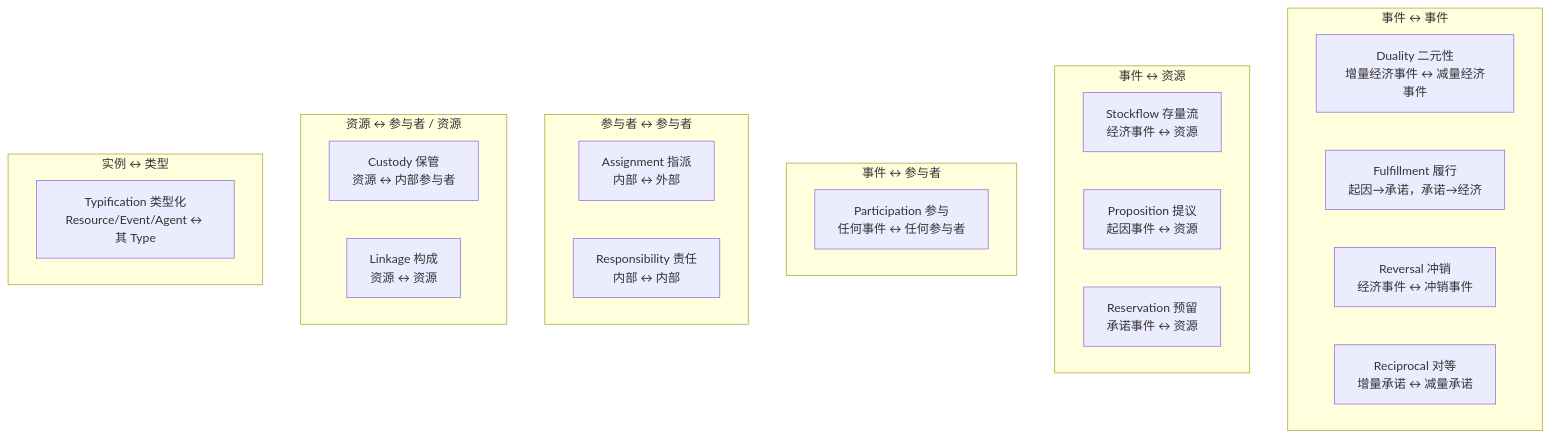
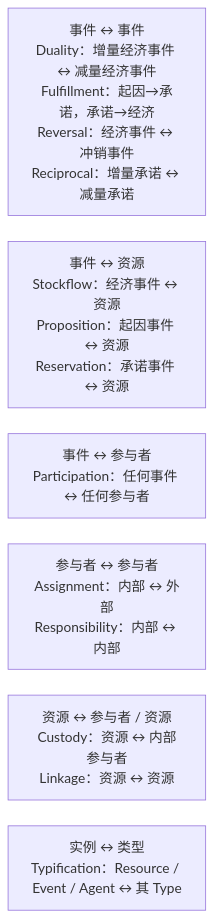
Before and after one commit to CercaTrovato/cityu-ai-course-notes: diagram 18 of 19 in AC6761_Artificial_Intelligence_Accounting/notes/M05-REA业务流程建模.md, drawn with Mermaid. The commit also changed other lines of this file and 224 other files, not shown here.

First line of the commit message:
完善五门课图文可读性并更新仓库首页

````diff
--- a/AC6761_Artificial_Intelligence_Accounting/notes/M05-REA业务流程建模.md
+++ b/AC6761_Artificial_Intelligence_Accounting/notes/M05-REA业务流程建模.md
@@ -2856,28 +3312,11 @@
 ```mermaid
-flowchart TD
-    subgraph EE["事件 ↔ 事件"]
-        d["Duality 二元性<br/>增量经济事件 ↔ 减量经济事件"]
-        f["Fulfillment 履行<br/>起因→承诺，承诺→经济"]
-        rv["Reversal 冲销<br/>经济事件 ↔ 冲销事件"]
-        rc["Reciprocal 对等<br/>增量承诺 ↔ 减量承诺"]
-    end
-    subgraph ER["事件 ↔ 资源"]
-        sf["Stockflow 存量流<br/>经济事件 ↔ 资源"]
-        pr["Proposition 提议<br/>起因事件 ↔ 资源"]
-        rs["Reservation 预留<br/>承诺事件 ↔ 资源"]
-    end
-    subgraph EA["事件 ↔ 参与者"]
-        pa["Participation 参与<br/>任何事件 ↔ 任何参与者"]
-    end
-    subgraph AA["参与者 ↔ 参与者"]
-        as["Assignment 指派<br/>内部 ↔ 外部"]
-        rp["Responsibility 责任<br/>内部 ↔ 内部"]
-    end
-    subgraph RA["资源 ↔ 参与者 / 资源"]
-        cu["Custody 保管<br/>资源 ↔ 内部参与者"]
-        lk["Linkage 构成<br/>资源 ↔ 资源"]
-    end
-    subgraph TY["实例 ↔ 类型"]
-        ty["Typification 类型化<br/>Resource/Event/Agent ↔ 其 Type"]
-    end
+%%{init: {"themeVariables": {"fontSize": "18px"}, "flowchart": {"nodeSpacing": 24, "rankSpacing": 34}}}%%
+flowchart TB
+    EE["事件 ↔ 事件<br/>Duality：增量经济事件 ↔ 减量经济事件<br/>Fulfillment：起因→承诺，承诺→经济<br/>Reversal：经济事件 ↔ 冲销事件<br/>Reciprocal：增量承诺 ↔ 减量承诺"]
+    ER["事件 ↔ 资源<br/>Stockflow：经济事件 ↔ 资源<br/>Proposition：起因事件 ↔ 资源<br/>Reservation：承诺事件 ↔ 资源"]
+    EA["事件 ↔ 参与者<br/>Participation：任何事件 ↔ 任何参与者"]
+    AA["参与者 ↔ 参与者<br/>Assignment：内部 ↔ 外部<br/>Responsibility：内部 ↔ 内部"]
+    RA["资源 ↔ 参与者 / 资源<br/>Custody：资源 ↔ 内部参与者<br/>Linkage：资源 ↔ 资源"]
+    TY["实例 ↔ 类型<br/>Typification：Resource / Event / Agent ↔ 其 Type"]
+    EE ~~~ ER ~~~ EA ~~~ AA ~~~ RA ~~~ TY
 ```
````
